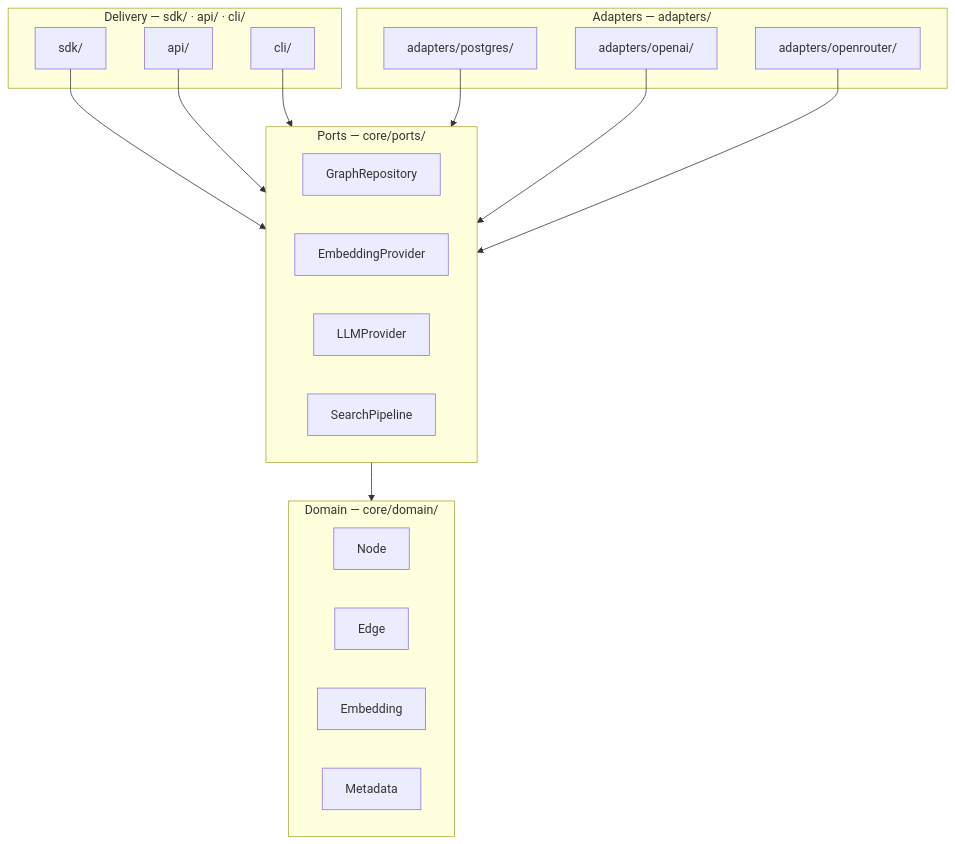
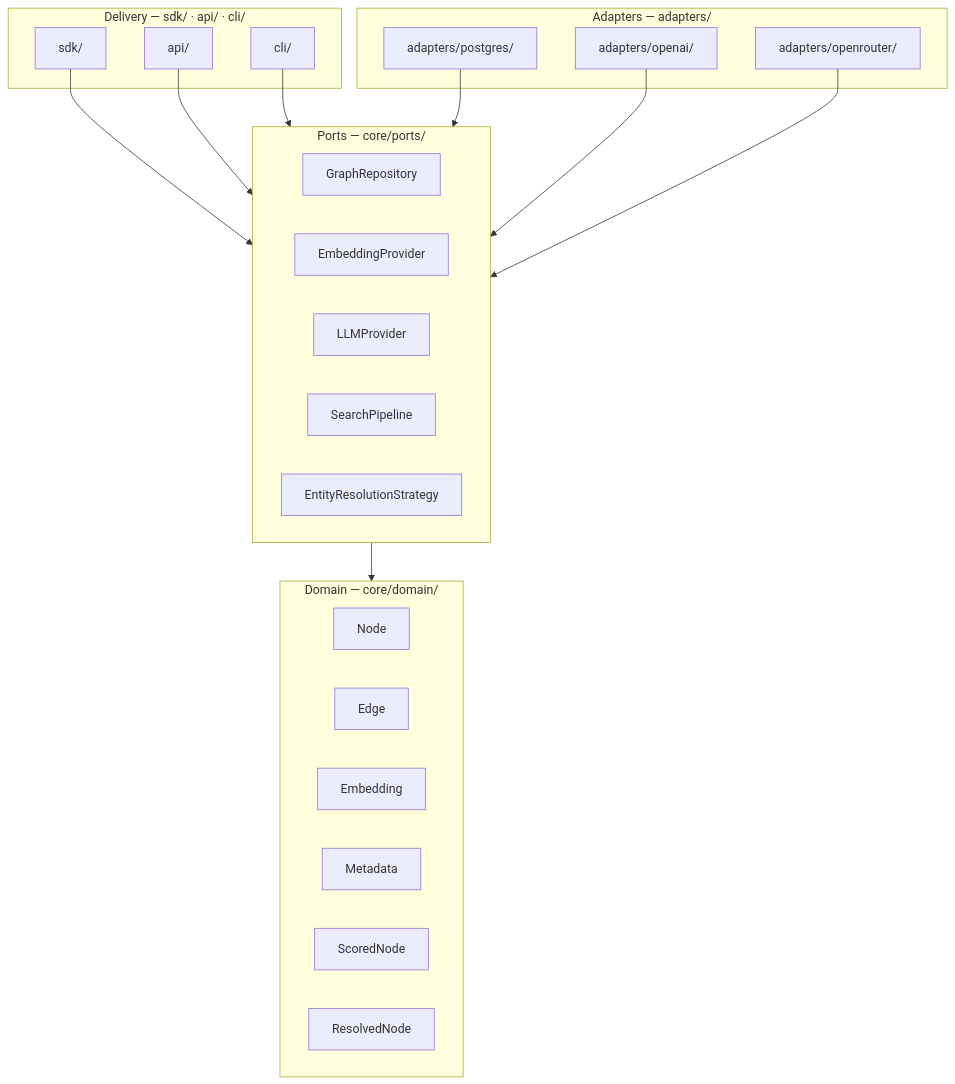
One commit to unifrancouni/depth-graph-search changed the diagram in docs/architecture/layers.md. Above: the diagram before and after it, drawn with Mermaid. The commit also changed other lines of this file and 3 other files, not shown here.

First line of the commit message:
docs: update architecture, requirements, and changelog for SDD-01 through SDD-03

````diff
--- a/docs/architecture/layers.md
+++ b/docs/architecture/layers.md
@@ -11,36 +11,39 @@
 ```mermaid
 graph TD
     subgraph Delivery["Delivery — sdk/ · api/ · cli/"]
         SDK[sdk/]
         API[api/]
         CLI[cli/]
     end
 
     subgraph Adapters["Adapters — adapters/"]
         PGR[adapters/postgres/]
         OAI[adapters/openai/]
         ORI[adapters/openrouter/]
     end
 
     subgraph AppPorts["Ports — core/ports/"]
         GRP[GraphRepository]
         EMP[EmbeddingProvider]
         LLP[LLMProvider]
         SPS[SearchPipeline]
+        ERS[EntityResolutionStrategy]
     end
 
     subgraph Domain["Domain — core/domain/"]
         Node[Node]
         Edge[Edge]
         Emb[Embedding]
         Meta[Metadata]
+        SN[ScoredNode]
+        RN[ResolvedNode]
     end
 
     SDK --> AppPorts
     API --> AppPorts
     CLI --> AppPorts
     PGR --> AppPorts
     OAI --> AppPorts
     ORI --> AppPorts
     AppPorts --> Domain
 ```
````
